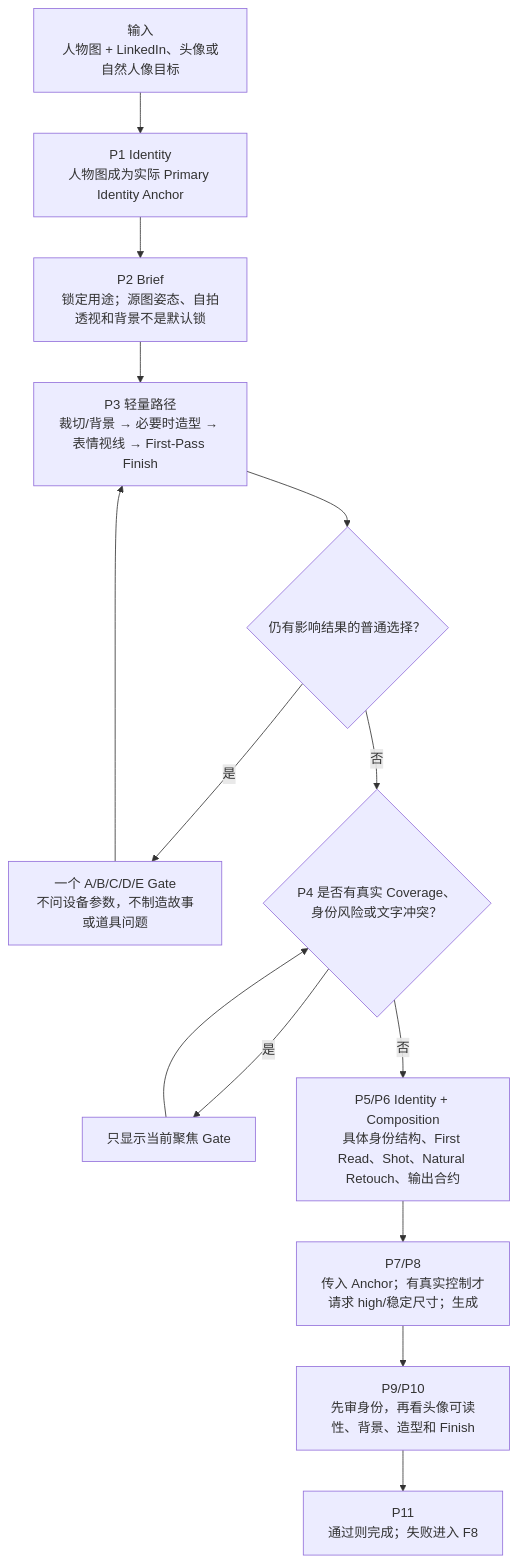
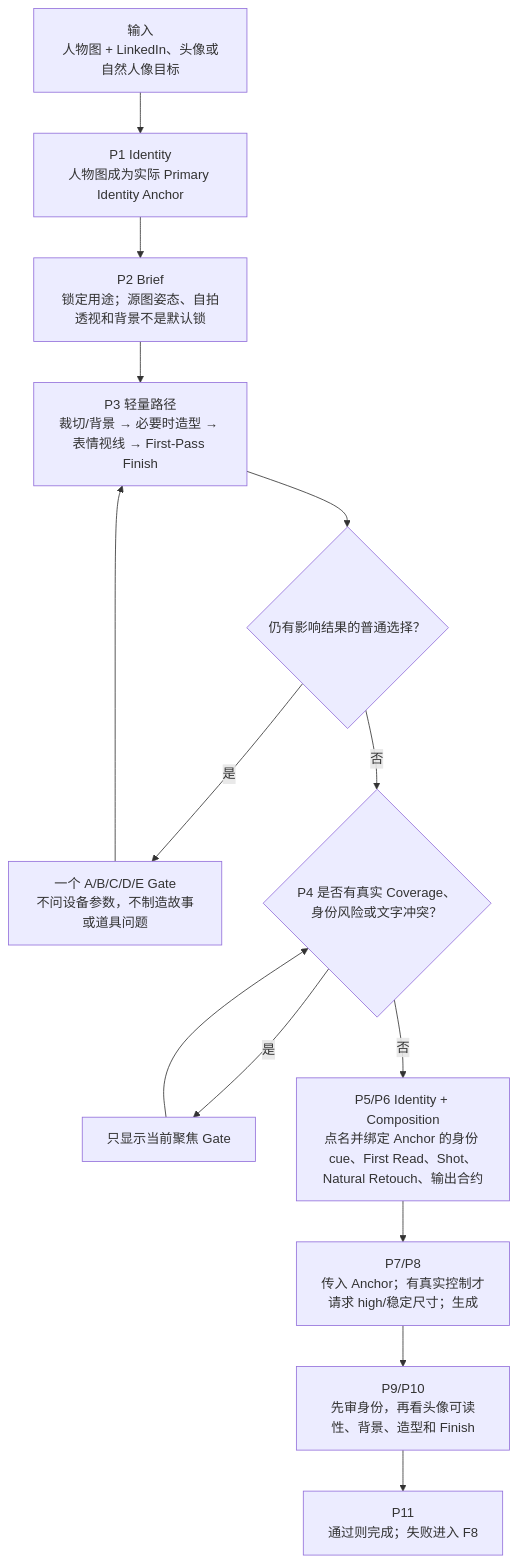
One commit to cyaoc/cast-me changed the fifth of 13 diagrams in docs/architecture.md. Above: the diagram before and after it, drawn with Mermaid. The commit also changed other lines of this file and 5 other files, not shown here.

First line of the commit message:
feat: 提示词点名 cue 并绑定 Anchor 图，不再用形状形容词转述

````diff
--- a/docs/architecture.md
+++ b/docs/architecture.md
@@ -296,16 +296,16 @@
 ```mermaid
 flowchart TD
     U["输入<br/>人物图 + LinkedIn、头像或自然人像目标"] --> I["P1 Identity<br/>人物图成为实际 Primary Identity Anchor"]
     I --> B["P2 Brief<br/>锁定用途；源图姿态、自拍透视和背景不是默认锁"]
     B --> Q["P3 轻量路径<br/>裁切/背景 → 必要时造型 → 表情视线 → First-Pass Finish"]
     Q --> MISSING{"仍有影响结果的普通选择？"}
     MISSING -- 是 --> G["一个 A/B/C/D/E Gate<br/>不问设备参数，不制造故事或道具问题"]
     G --> Q
     MISSING -- 否 --> F{"P4 是否有真实 Coverage、身份风险或文字冲突？"}
     F -- 是 --> FG["只显示当前聚焦 Gate"]
     FG --> F
-    F -- 否 --> P["P5/P6 Identity + Composition<br/>具体身份结构、First Read、Shot、Natural Retouch、输出合约"]
+    F -- 否 --> P["P5/P6 Identity + Composition<br/>点名并绑定 Anchor 的身份 cue、First Read、Shot、Natural Retouch、输出合约"]
     P --> T["P7/P8<br/>传入 Anchor；有真实控制才请求 high/稳定尺寸；生成"]
     T --> R["P9/P10<br/>先审身份，再看头像可读性、背景、造型和 Finish"]
     R --> O["P11<br/>通过则完成；失败进入 F8"]
 ```
````
